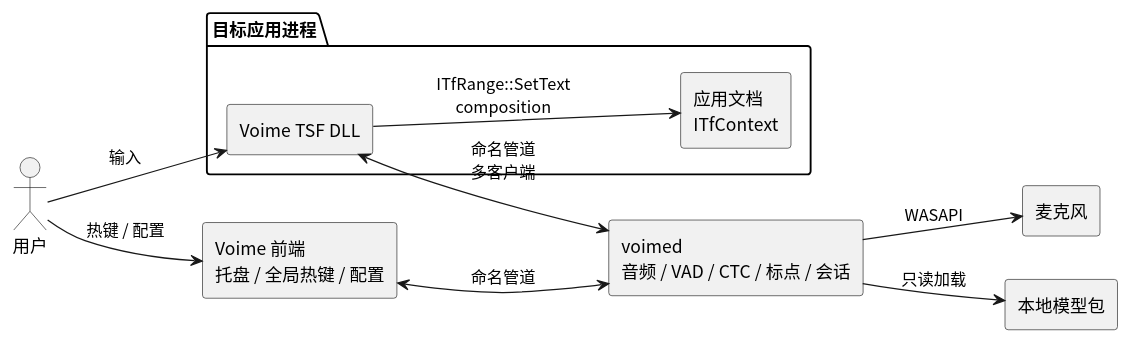
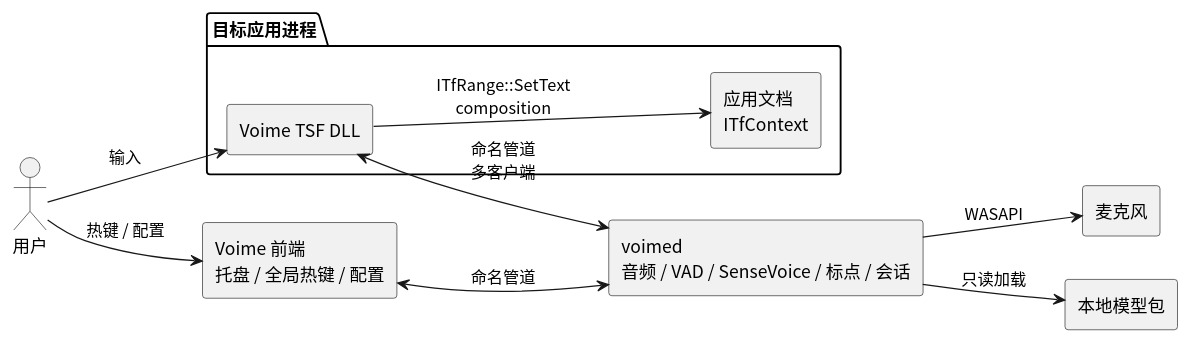
One commit to 54m43lJ/voime changed the diagram in diagram/windows-tsf.puml. Above: the diagram before and after it, drawn with PlantUML. The commit also changed 69 other files, not shown here.

```diff
--- a/diagram/windows-tsf.puml
+++ b/diagram/windows-tsf.puml
@@ -1,25 +1,25 @@
 @startuml
 skinparam defaultFontName "Noto Sans CJK SC"
 skinparam shadowing false
 skinparam componentStyle rectangle
 left to right direction
 
 actor "用户" as User
 component "Voime 前端\n托盘 / 全局热键 / 配置" as Broker
-component "voimed\n音频 / VAD / CTC / 标点 / 会话" as Daemon
+component "voimed\n音频 / VAD / SenseVoice / 标点 / 会话" as Daemon
 component "麦克风" as Mic
 component "本地模型包" as Models
 
 package "目标应用进程" {
   component "Voime TSF DLL" as TSF
   component "应用文档\nITfContext" as Doc
 }
 
 User --> Broker : 热键 / 配置
 User --> TSF : 输入
 Broker <--> Daemon : 命名管道
 TSF <--> Daemon : 命名管道\n多客户端
 TSF --> Doc : ITfRange::SetText\ncomposition
 Daemon --> Mic : WASAPI
 Daemon --> Models : 只读加载
 @enduml
```
